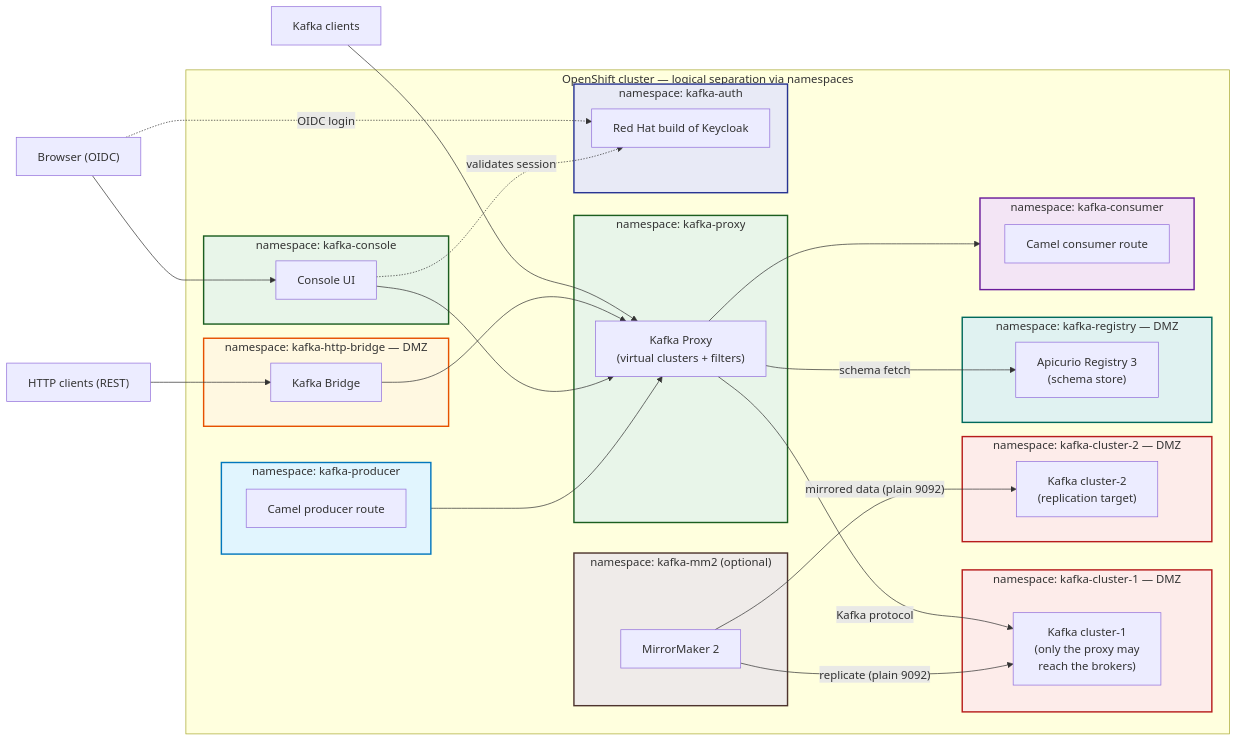
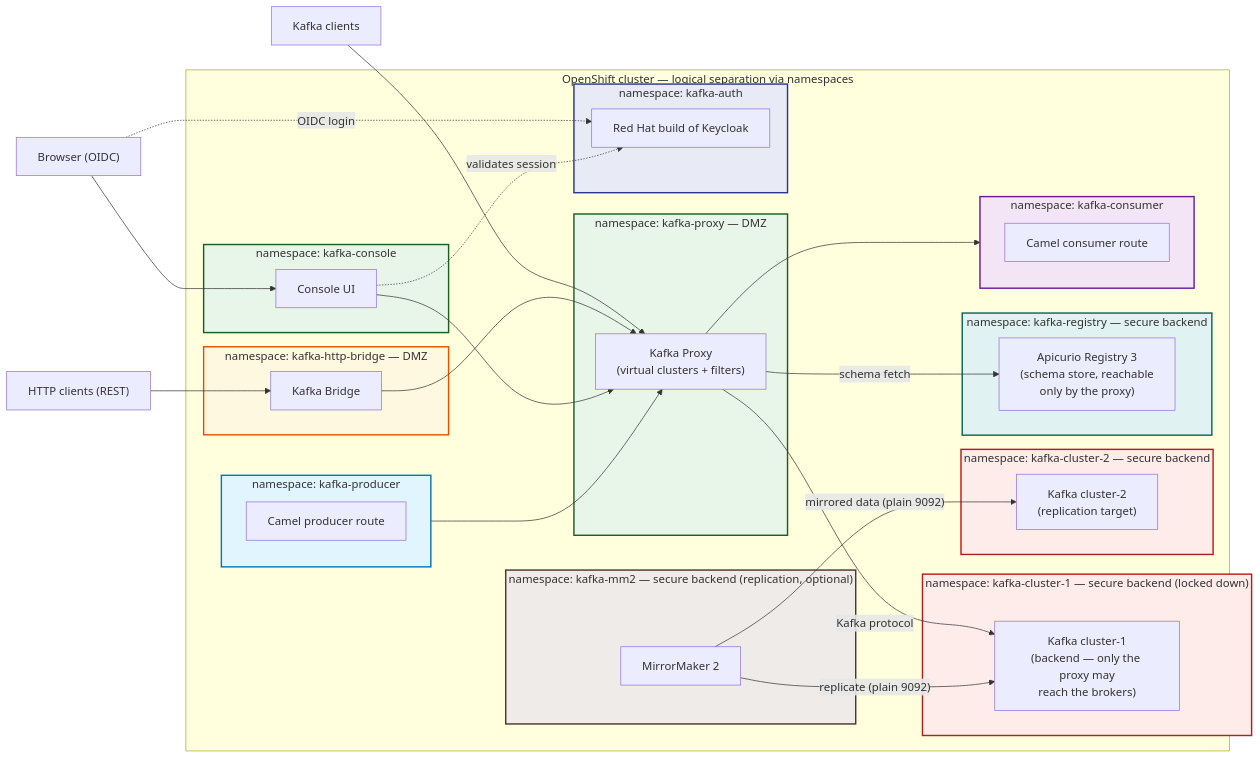
One commit to jcordes73/kafka-proxy-use-cases changed the second of 3 diagrams in README.md. Above: the diagram before and after it, drawn with Mermaid. The commit also changed other lines of this file and 63 other files, not shown here.

````diff
--- a/README.md
+++ b/README.md
@@ -55,64 +59,64 @@
 ```mermaid
 flowchart LR
     A["Kafka clients"]
     H["HTTP clients (REST)"]
     U["Browser (OIDC)"]
     subgraph openshift["OpenShift cluster — logical separation via namespaces"]
-        subgraph proxyNs["namespace: kafka-proxy"]
+        subgraph proxyNs["namespace: kafka-proxy — DMZ"]
             P["Kafka Proxy<br/>(virtual clusters + filters)"]
         end
         subgraph bridgeNs["namespace: kafka-http-bridge — DMZ"]
             B["Kafka Bridge"]
         end
         subgraph consoleNs["namespace: kafka-console"]
             C["Console UI"]
         end
-        subgraph kafkaNs1["namespace: kafka-cluster-1 — DMZ"]
-            K["Kafka cluster-1<br/>(only the proxy may<br/>reach the brokers)"]
+        subgraph kafkaNs1["namespace: kafka-cluster-1 — secure backend (locked down)"]
+            K["Kafka cluster-1<br/>(backend — only the proxy may<br/>reach the brokers)"]
         end
-        subgraph kafkaNs2["namespace: kafka-cluster-2 — DMZ"]
+        subgraph kafkaNs2["namespace: kafka-cluster-2 — secure backend"]
             K2["Kafka cluster-2<br/>(replication target)"]
         end
-        subgraph mm2Ns["namespace: kafka-mm2 (optional)"]
+        subgraph mm2Ns["namespace: kafka-mm2 — secure backend (replication, optional)"]
             M["MirrorMaker 2"]
         end
         subgraph authNs["namespace: kafka-auth"]
             KC["Red Hat build of Keycloak"]
         end
-        subgraph registryNs["namespace: kafka-registry — DMZ"]
-            R["Apicurio Registry 3<br/>(schema store)"]
+        subgraph registryNs["namespace: kafka-registry — secure backend"]
+            R["Apicurio Registry 3<br/>(schema store, reachable<br/>only by the proxy)"]
         end
         subgraph producerNs["namespace: kafka-producer"]
             direction TB
             PROD["Camel producer route"]
         end
         subgraph consumerNs["namespace: kafka-consumer"]
             direction TB
             CONS["Camel consumer route"]
         end
     end
     A --> P
     H --> B
     B --> P
     U --> C
     C --> P
     PROD --> P
     P --> CONS
     P -- "Kafka protocol" --> K
     P -- "schema fetch" --> R
     M -- "replicate (plain 9092)" --> K
     M -- "mirrored data (plain 9092)" --> K2
     U -. "OIDC login" .-> KC
     C -. "validates session" .-> KC
 
     style kafkaNs1 fill:#fdecea,stroke:#b71c1c,stroke-width:2px
     style kafkaNs2 fill:#fdecea,stroke:#b71c1c,stroke-width:2px
     style bridgeNs fill:#fff8e1,stroke:#e65100,stroke-width:2px
     style authNs fill:#e8eaf6,stroke:#283593,stroke-width:2px
     style proxyNs fill:#e8f5e9,stroke:#1b5e20,stroke-width:2px
     style consoleNs fill:#e8f5e9,stroke:#1b5e20,stroke-width:2px
     style producerNs fill:#e1f5fe,stroke:#0277bd,stroke-width:2px
     style consumerNs fill:#f3e5f5,stroke:#6a1b9a,stroke-width:2px
     style registryNs fill:#e0f2f1,stroke:#00695c,stroke-width:2px
     style mm2Ns fill:#efebe9,stroke:#4e342e,stroke-width:2px
 ```
````
